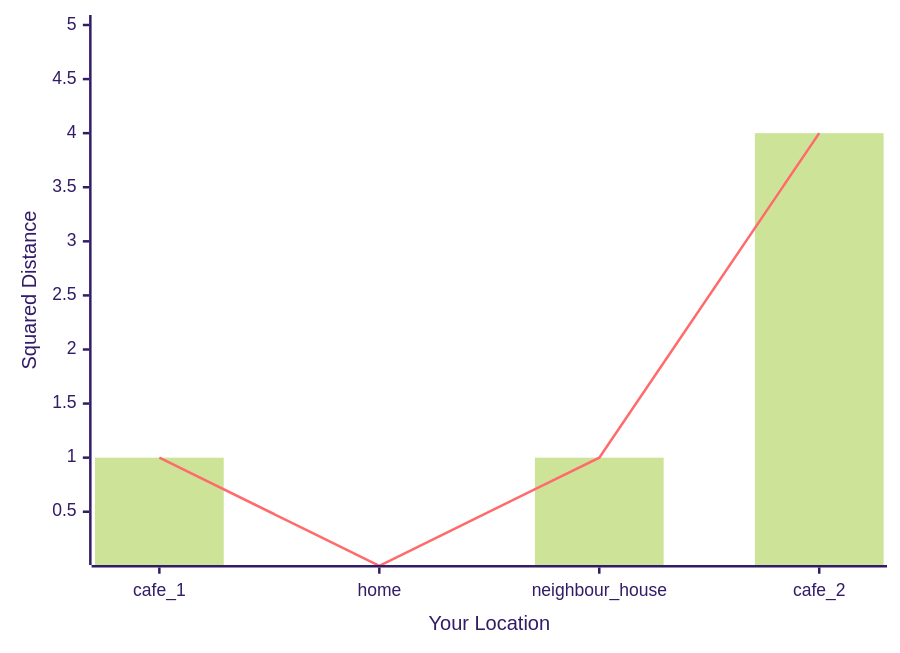
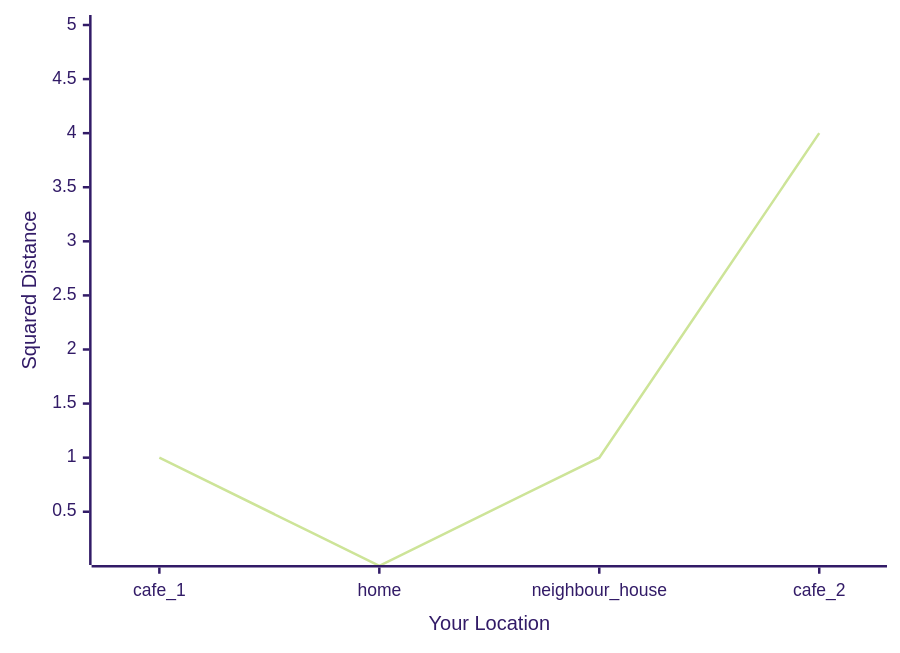
Before and after one commit to 2BytesGoat/2BytesGoat.github.io: the first of 2 diagrams in content/Machine Learning/How it Works/Intro to Loss Functions.md, drawn with Mermaid (forest theme). The commit also changed other lines of this file and 1 other file, not shown here.

Commit message:
fix: added first draft of decission trees

````diff
--- a/content/Machine Learning/How it Works/Intro to Loss Functions.md
+++ b/content/Machine Learning/How it Works/Intro to Loss Functions.md
@@ -57,7 +57,6 @@
 ```mermaid
 xychart-beta
 x-axis "Your Location" [cafe_1, home, neighbour_house, cafe_2]
 y-axis "Squared Distance" 0.1 --> 5
-bar [1, 0, 1, 4]
 line [1, 0, 1, 4]
 ```
````
